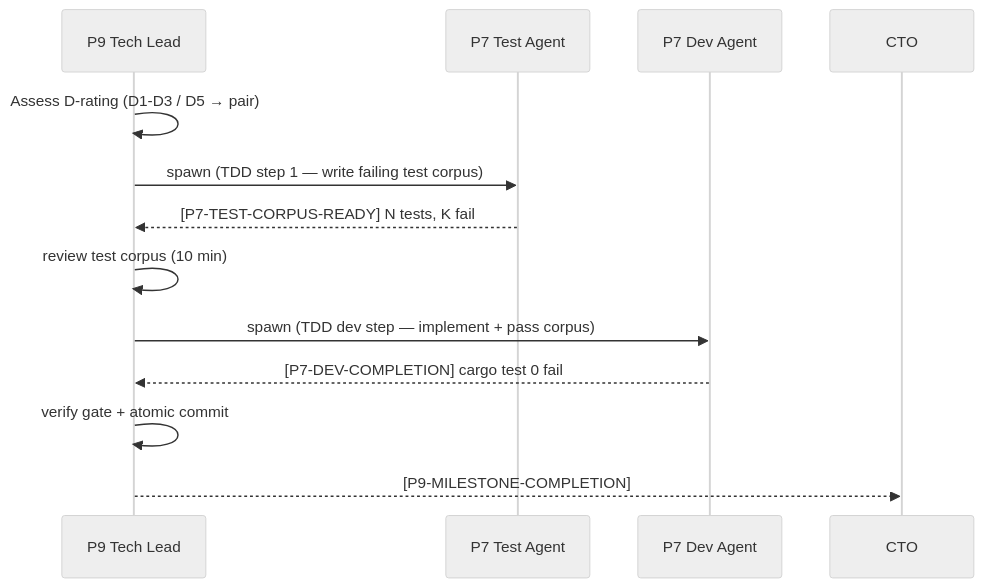
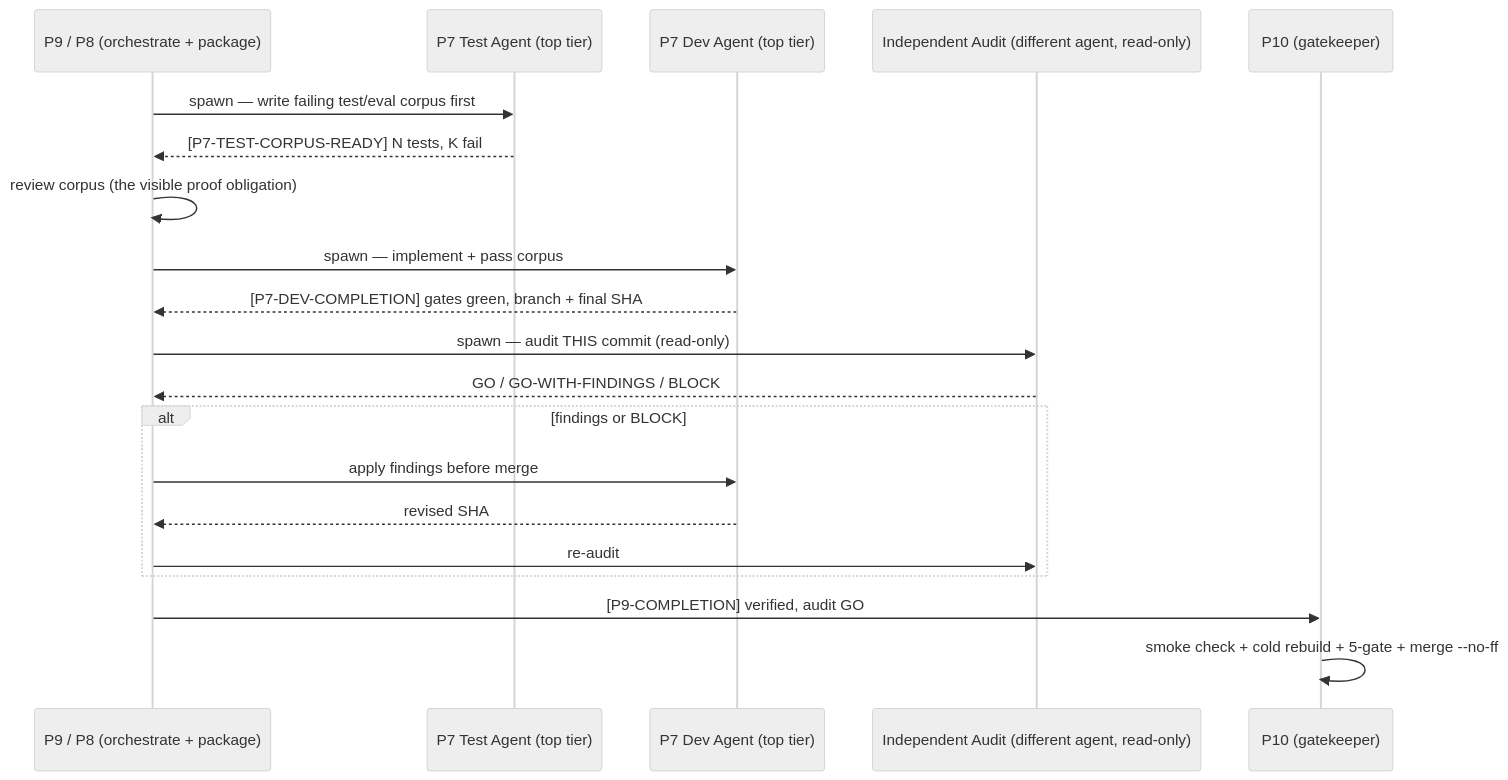
The ninth of 10 diagrams in docs/human/en/concept-map.md (Cobrust-lang/agent-driven-development), drawn with Mermaid (neutral theme) before and after one commit. The commit also changed other lines of this file and 7 other files, not shown here.

````diff
--- a/docs/human/en/concept-map.md
+++ b/docs/human/en/concept-map.md
@@ -104,15 +338,23 @@
 ```mermaid
 sequenceDiagram
-    participant P9 as P9 Tech Lead
-    participant Test as P7 Test Agent
-    participant Dev as P7 Dev Agent
+    participant P9 as P9 / P8 (orchestrate + package)
+    participant Test as P7 Test Agent (top tier)
+    participant Dev as P7 Dev Agent (top tier)
+    participant Audit as Independent Audit (different agent, read-only)
+    participant CTO as P10 (gatekeeper)
 
-    P9->>P9: Assess D-rating (D1-D3 / D5 → pair)
-    P9->>Test: spawn (TDD step 1 — write failing test corpus)
+    P9->>Test: spawn — write failing test/eval corpus first
     Test-->>P9: [P7-TEST-CORPUS-READY] N tests, K fail
-    P9->>P9: review test corpus (10 min)
-    P9->>Dev: spawn (TDD dev step — implement + pass corpus)
-    Dev-->>P9: [P7-DEV-COMPLETION] cargo test 0 fail
-    P9->>P9: verify gate + atomic commit
-    P9-->>CTO: [P9-MILESTONE-COMPLETION]
+    P9->>P9: review corpus (the visible proof obligation)
+    P9->>Dev: spawn — implement + pass corpus
+    Dev-->>P9: [P7-DEV-COMPLETION] gates green, branch + final SHA
+    P9->>Audit: spawn — audit THIS commit (read-only)
+    Audit-->>P9: GO / GO-WITH-FINDINGS / BLOCK
+    alt findings or BLOCK
+        P9->>Dev: apply findings before merge
+        Dev-->>P9: revised SHA
+        P9->>Audit: re-audit
+    end
+    P9->>CTO: [P9-COMPLETION] verified, audit GO
+    CTO->>CTO: smoke check + cold rebuild + 5-gate + merge --no-ff
 ```
````
